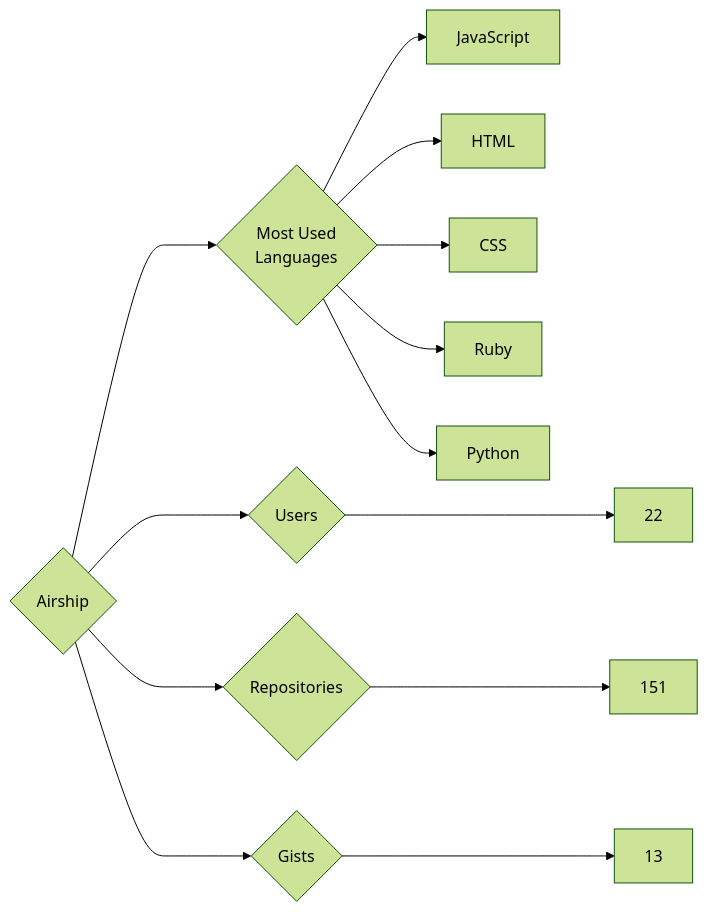
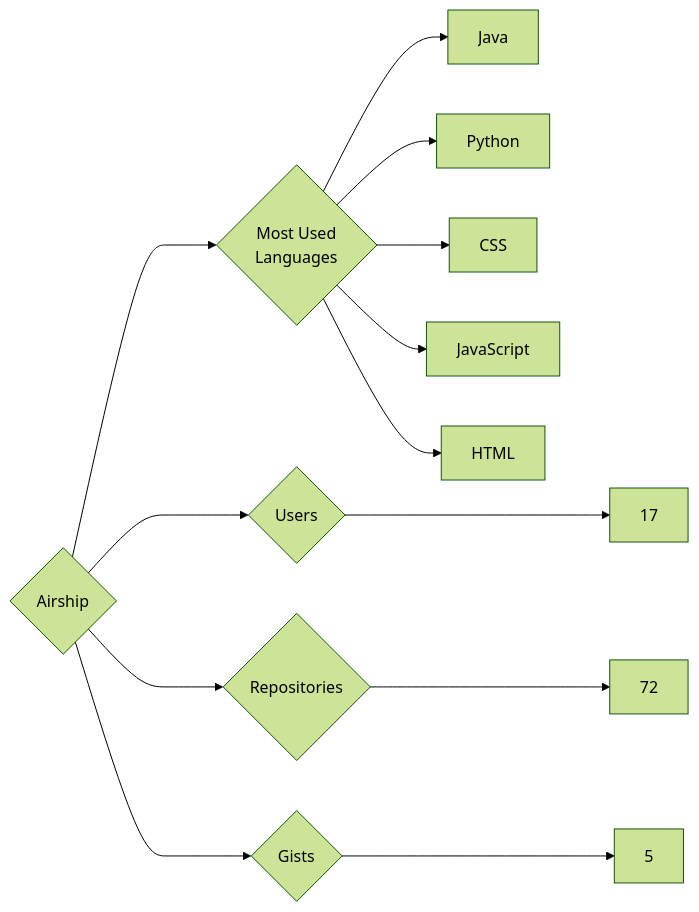
Before and after one commit to trickest/insiders: the diagram in targets/Airship/README.md, drawn with Mermaid (forest theme). The commit also changed 935 other files, not shown here.

````diff
--- a/targets/Airship/README.md
+++ b/targets/Airship/README.md
@@ -3,13 +3,13 @@
 ```mermaid
 graph LR
 COMPANY_NAME{Airship}
-COMPANY_NAME ---> U{Users} ---> UN[22]
-COMPANY_NAME ---> R{Repositories} ---> RN[151]
-COMPANY_NAME ---> G{Gists} ---> GN[13]
+COMPANY_NAME ---> U{Users} ---> UN[17]
+COMPANY_NAME ---> R{Repositories} ---> RN[72]
+COMPANY_NAME ---> G{Gists} ---> GN[5]
 COMPANY_NAME ---> ML{Most Used<br>Languages}
+ML --> Java[Java]
+ML --> Python[Python]
+ML --> CSS[CSS]
 ML --> JavaScript[JavaScript]
 ML --> HTML[HTML]
-ML --> CSS[CSS]
-ML --> Ruby[Ruby]
-ML --> Python[Python]
 ```
````
